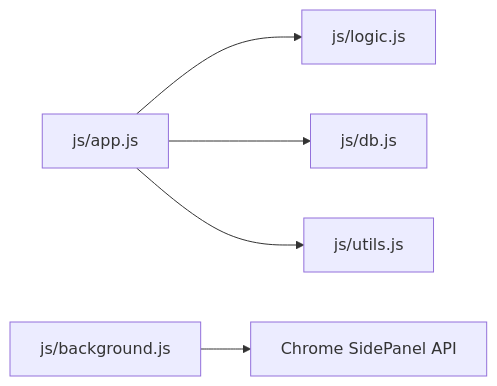
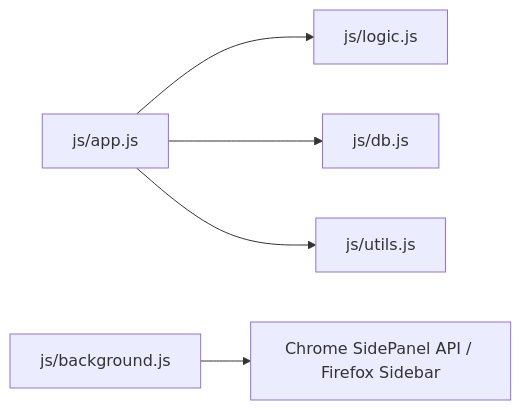
The diagram in docs/spec.md (masanori-satake/QuickLog-Solo), drawn with Mermaid before and after one commit. The commit also changed other lines of this file and 9 other files, not shown here.

First line of the commit message:
feat: add multi-browser support (Chrome, Edge, Firefox)

````diff
--- a/docs/spec.md
+++ b/docs/spec.md
@@ -94,7 +95,7 @@
 ```mermaid
 graph LR
     A[js/app.js] --> B[js/logic.js]
     A --> C[js/db.js]
     A --> D[js/utils.js]
-    E[js/background.js] --> SidePanel[Chrome SidePanel API]
+    E[js/background.js] --> SidePanel[Chrome SidePanel API / Firefox Sidebar]
 ```
````
